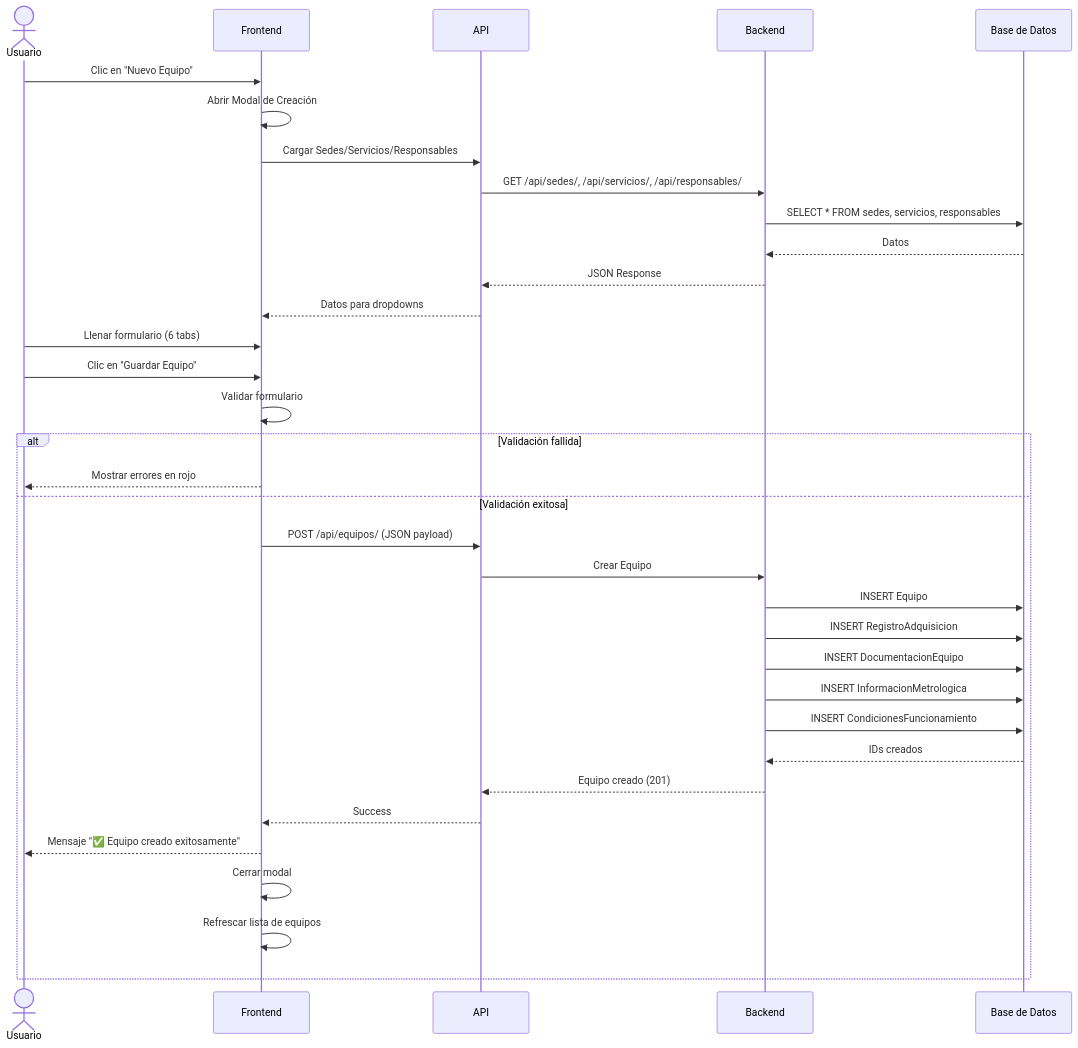
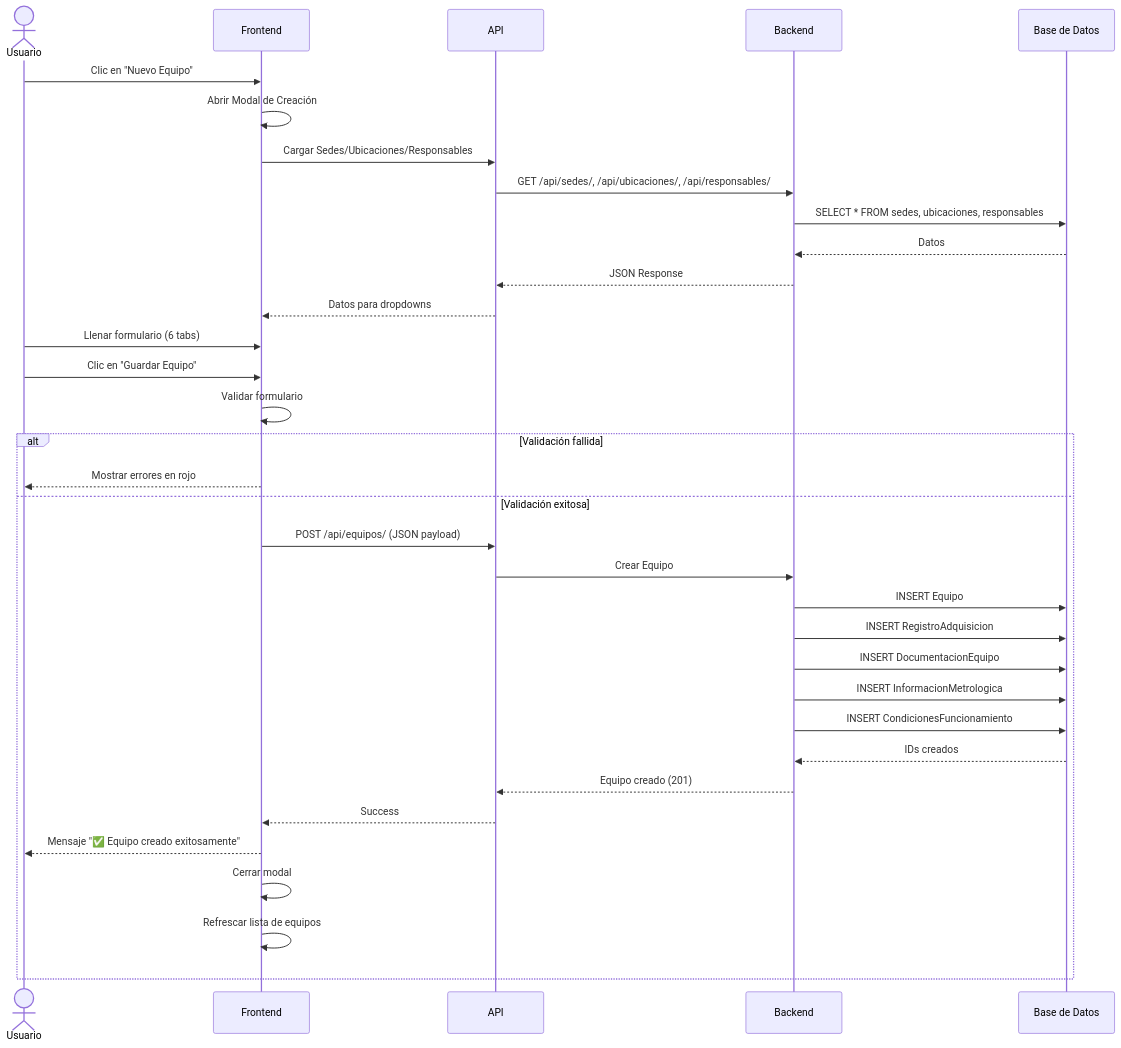
The fourth of 5 diagrams in DIAGRAMA_UML.md (2jcortesj2/Proyecto-LIME), drawn with Mermaid before and after one commit. The commit also changed other lines of this file and 2 other files, not shown here.

Commit message:
feat: refactoring `servicios` to `ubicaciones` across the application and documentation.

````diff
--- a/DIAGRAMA_UML.md
+++ b/DIAGRAMA_UML.md
@@ -270,39 +276,39 @@
 ```mermaid
 sequenceDiagram
     actor Usuario
     participant Frontend
     participant API
     participant Backend
     participant DB as Base de Datos
     
     Usuario->>Frontend: Clic en "Nuevo Equipo"
     Frontend->>Frontend: Abrir Modal de Creación
-    Frontend->>API: Cargar Sedes/Servicios/Responsables
-    API->>Backend: GET /api/sedes/, /api/servicios/, /api/responsables/
-    Backend->>DB: SELECT * FROM sedes, servicios, responsables
+    Frontend->>API: Cargar Sedes/Ubicaciones/Responsables
+    API->>Backend: GET /api/sedes/, /api/ubicaciones/, /api/responsables/
+    Backend->>DB: SELECT * FROM sedes, ubicaciones, responsables
     DB-->>Backend: Datos
     Backend-->>API: JSON Response
     API-->>Frontend: Datos para dropdowns
     
     Usuario->>Frontend: Llenar formulario (6 tabs)
     Usuario->>Frontend: Clic en "Guardar Equipo"
     
     Frontend->>Frontend: Validar formulario
     alt Validación fallida
         Frontend-->>Usuario: Mostrar errores en rojo
     else Validación exitosa
         Frontend->>API: POST /api/equipos/ (JSON payload)
         API->>Backend: Crear Equipo
         Backend->>DB: INSERT Equipo
         Backend->>DB: INSERT RegistroAdquisicion
         Backend->>DB: INSERT DocumentacionEquipo
         Backend->>DB: INSERT InformacionMetrologica
         Backend->>DB: INSERT CondicionesFuncionamiento
         DB-->>Backend: IDs creados
         Backend-->>API: Equipo creado (201)
         API-->>Frontend: Success
         Frontend-->>Usuario: Mensaje "✅ Equipo creado exitosamente"
         Frontend->>Frontend: Cerrar modal
         Frontend->>Frontend: Refrescar lista de equipos
     end
 ```
````
